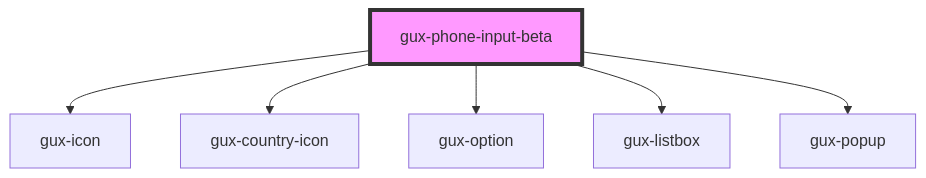
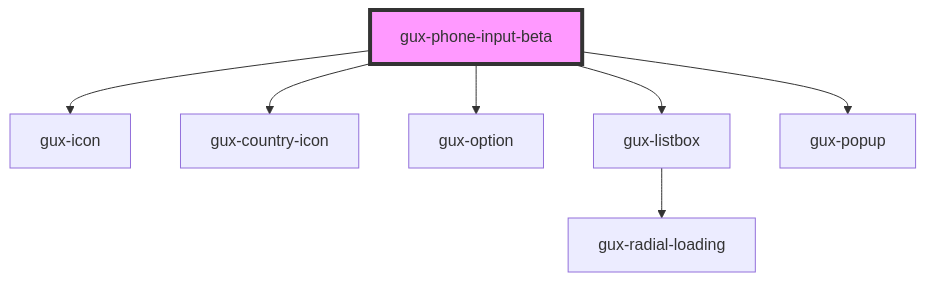
One commit to MyPureCloud/genesys-spark changed the diagram in src/components/beta/gux-phone-input/readme.md. Above: the diagram before and after it, drawn with Mermaid. The commit also changed 6 other files, not shown here.

````diff
--- a/src/components/beta/gux-phone-input/readme.md
+++ b/src/components/beta/gux-phone-input/readme.md
@@ -41,9 +41,10 @@
 ```mermaid
 graph TD;
   gux-phone-input-beta --> gux-icon
   gux-phone-input-beta --> gux-country-icon
   gux-phone-input-beta --> gux-option
   gux-phone-input-beta --> gux-listbox
   gux-phone-input-beta --> gux-popup
+  gux-listbox --> gux-radial-loading
   style gux-phone-input-beta fill:#f9f,stroke:#333,stroke-width:4px
 ```
````
